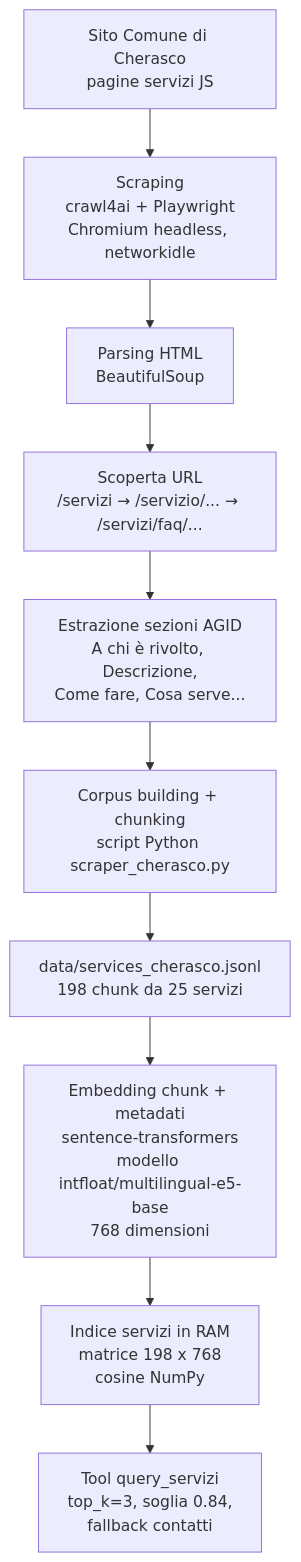
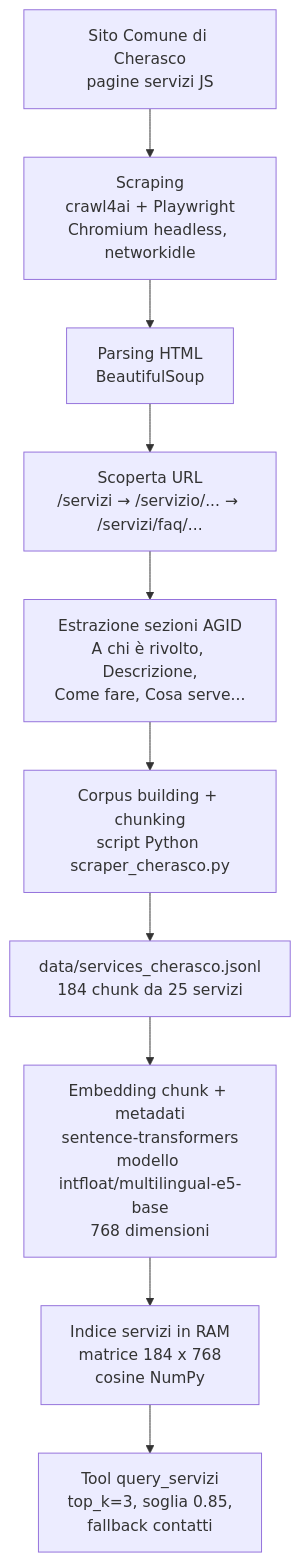
The second of 3 diagrams in docs/BLUEPRINT.md (Kieff90/Voicebot-PY), drawn with Mermaid before and after one commit. The commit also changed other lines of this file and 9 other files, not shown here.

````diff
--- a/docs/BLUEPRINT.md
+++ b/docs/BLUEPRINT.md
@@ -92,12 +91,12 @@
 ```mermaid
 flowchart TD
   A["Sito Comune di Cherasco<br/>pagine servizi JS"] --> B["Scraping<br/>crawl4ai + Playwright<br/>Chromium headless, networkidle"]
   B --> C["Parsing HTML<br/>BeautifulSoup"]
   C --> D["Scoperta URL<br/>/servizi → /servizio/... → /servizi/faq/..."]
   D --> E["Estrazione sezioni AGID<br/>A chi è rivolto, Descrizione,<br/>Come fare, Cosa serve..."]
   E --> F["Corpus building + chunking<br/>script Python scraper_cherasco.py"]
-  F --> G["data/services_cherasco.jsonl<br/>198 chunk da 25 servizi"]
+  F --> G["data/services_cherasco.jsonl<br/>184 chunk da 25 servizi"]
   G --> H["Embedding chunk + metadati<br/>sentence-transformers<br/>modello intfloat/multilingual-e5-base<br/>768 dimensioni"]
-  H --> I["Indice servizi in RAM<br/>matrice 198 x 768<br/>cosine NumPy"]
-  I --> J["Tool query_servizi<br/>top_k=3, soglia 0.84,<br/>fallback contatti"]
+  H --> I["Indice servizi in RAM<br/>matrice 184 x 768<br/>cosine NumPy"]
+  I --> J["Tool query_servizi<br/>top_k=3, soglia 0.85,<br/>fallback contatti"]
 ```
````
